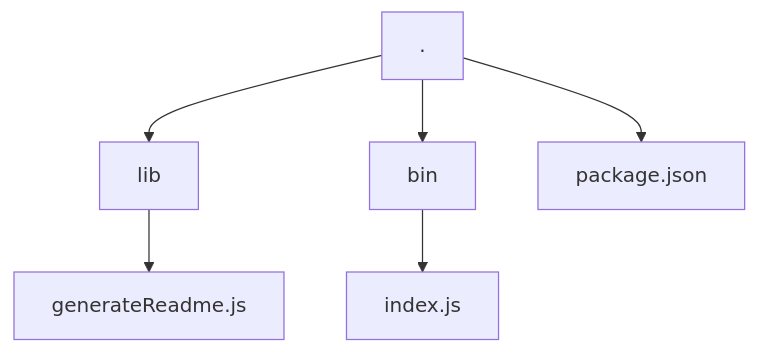
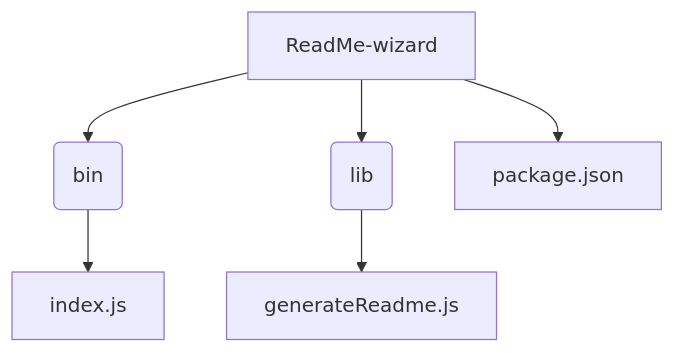
One commit to PIYUSH1SAINI/ReadMe-wiz changed the second of 2 diagrams in README.md. Above: the diagram before and after it, drawn with Mermaid. The commit also changed other lines of this file and 3 other files, not shown here.

````diff
--- a/README.md
+++ b/README.md
@@ -41,8 +47,9 @@
 ```mermaid
 graph TD
-    A[.] --> B["lib"];
-    B --> C["generateReadme.js"];
-    A --> D["bin"];
-    D --> E["index.js"];
-    A --> F["package.json"];
+    A[ReadMe-wizard] --> B(bin);
+    B --> C[index.js];
+    A --> D(lib);
+    D --> E[generateReadme.js];
+    A --> F[package.json];
+    
 ```
````
